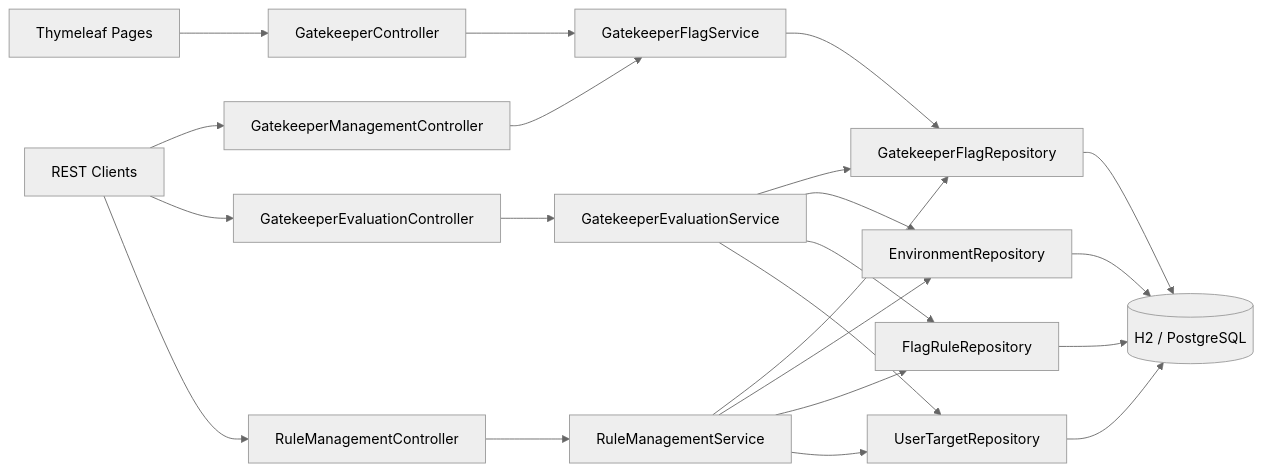
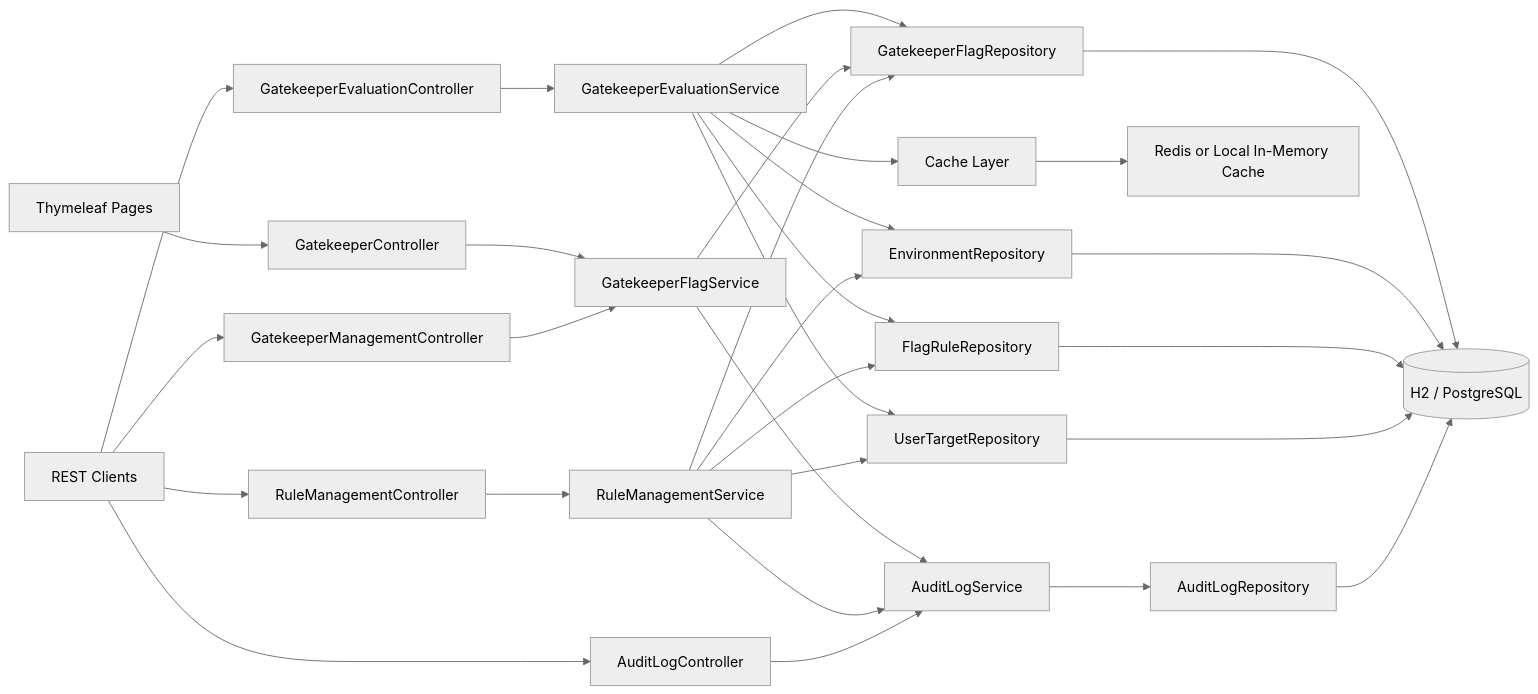
One commit to Varun1300211/gatekeeper changed the diagram in README.md. Above: the diagram before and after it, drawn with Mermaid (neutral theme). The commit also changed other lines of this file and 15 other files, not shown here.

Commit message:
adding cache and audit logs

````diff
--- a/README.md
+++ b/README.md
@@ -314,24 +440,32 @@
 ```mermaid
 flowchart LR
     UI["Thymeleaf Pages"] --> MVC["GatekeeperController"]
     API["REST Clients"] --> GMC["GatekeeperManagementController"]
     API --> GEC["GatekeeperEvaluationController"]
     API --> RMC["RuleManagementController"]
+    API --> ALC["AuditLogController"]
     MVC --> GFS["GatekeeperFlagService"]
     GEC --> GES["GatekeeperEvaluationService"]
     GMC --> GFS
     RMC --> RMS["RuleManagementService"]
+    GFS --> ALS["AuditLogService"]
+    RMS --> ALS
+    ALC --> ALS
+    GES --> CACHE["Cache Layer"]
     GES --> GFR["GatekeeperFlagRepository"]
     GES --> ER["EnvironmentRepository"]
     GES --> FR["FlagRuleRepository"]
     GES --> UTR["UserTargetRepository"]
+    ALS --> ALR["AuditLogRepository"]
     GFS --> GFR
     RMS --> GFR
     RMS --> ER
     RMS --> FR
     RMS --> UTR
+    CACHE --> REDIS["Redis or Local In-Memory Cache"]
     GFR --> DB[("H2 / PostgreSQL")]
     ER --> DB
     FR --> DB
     UTR --> DB
+    ALR --> DB
 ```
````
